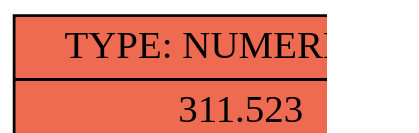
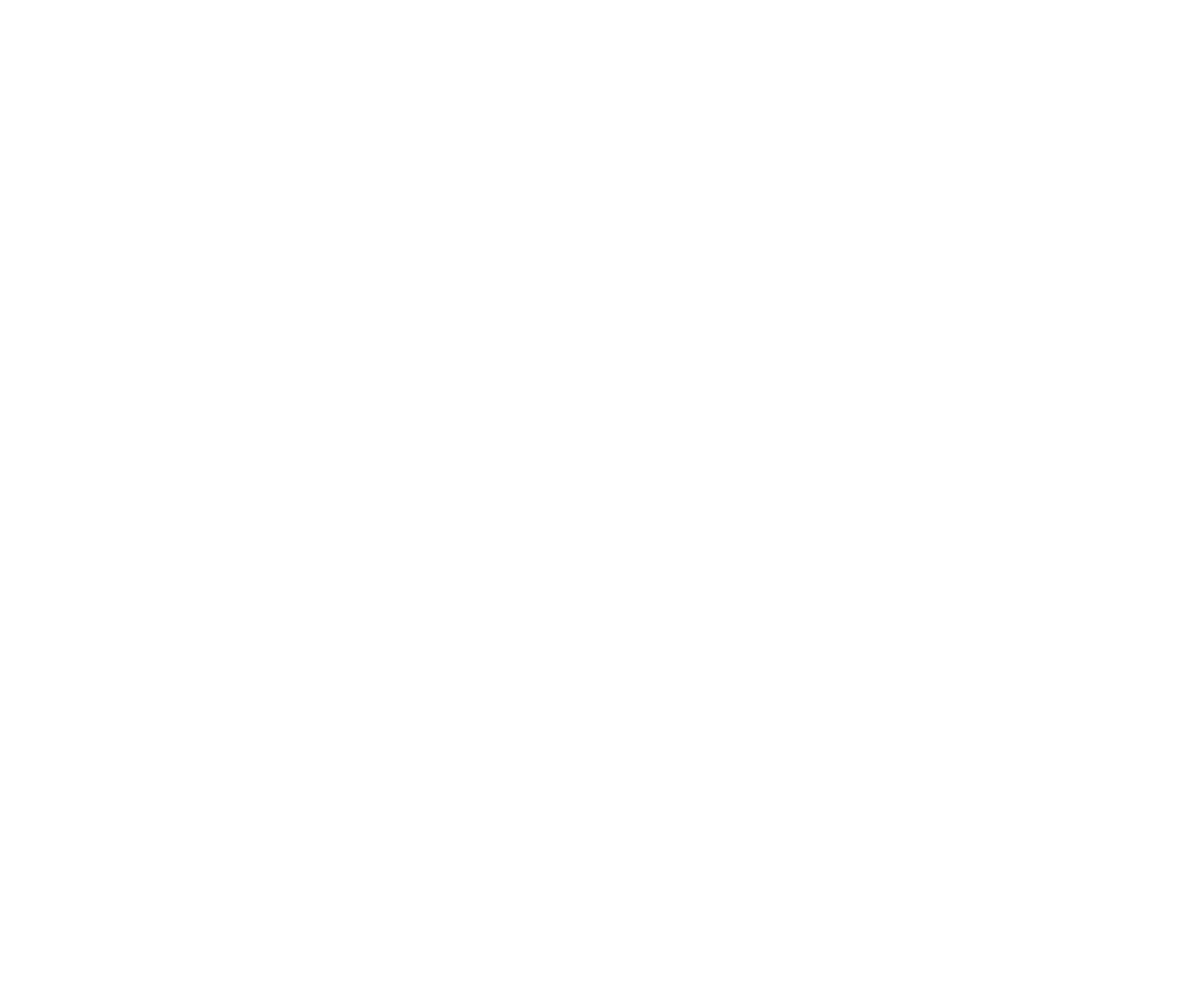
Before and after one commit to Troll0ton/Trollanguage: the diagram in frontend/dump/list_graph.dot, drawn with Graphviz. The commit also changed 1207 other files, not shown here.

```diff
--- a/frontend/dump/list_graph.dot
+++ b/frontend/dump/list_graph.dot
@@ -1,8 +1,20 @@
 digraph structs {    
 rankdir = TB;        
 graph [dpi = 200];   
 ranksep = 1.5;       
 edge[penwidth = 10]; 
 cell0 [style = filled, color = black, shape=record, 
-fillcolor = coral2, label = " { <ptr> TYPE: NUMERIC (4) | 311.523} " ];                         
-cell0 cell0 }
+fillcolor = paleturquoise1, label = " { <ptr> TYPE: OPERATION (1) | SUB} " ];                         
+cell1 [style = filled, color = black, shape=record, 
+fillcolor = paleturquoise1, label = " { <ptr> TYPE: OPERATION (1) | ADD} " ];                         
+cell2 [style = filled, color = black, shape=record, 
+fillcolor = coral2, label = " { <ptr> TYPE: NUMERIC (4) | 698} " ];                         
+cell3 [style = filled, color = black, shape=record, 
+fillcolor = coral2, label = " { <ptr> TYPE: NUMERIC (4) | 556} " ];                         
+cell4 [style = filled, color = black, shape=record, 
+fillcolor = coral2, label = " { <ptr> TYPE: NUMERIC (4) | 323} " ];                         
+cell0 -> cell1;
+cell1 -> cell2;
+cell1 -> cell3;
+cell0 -> cell4;
+}
```
